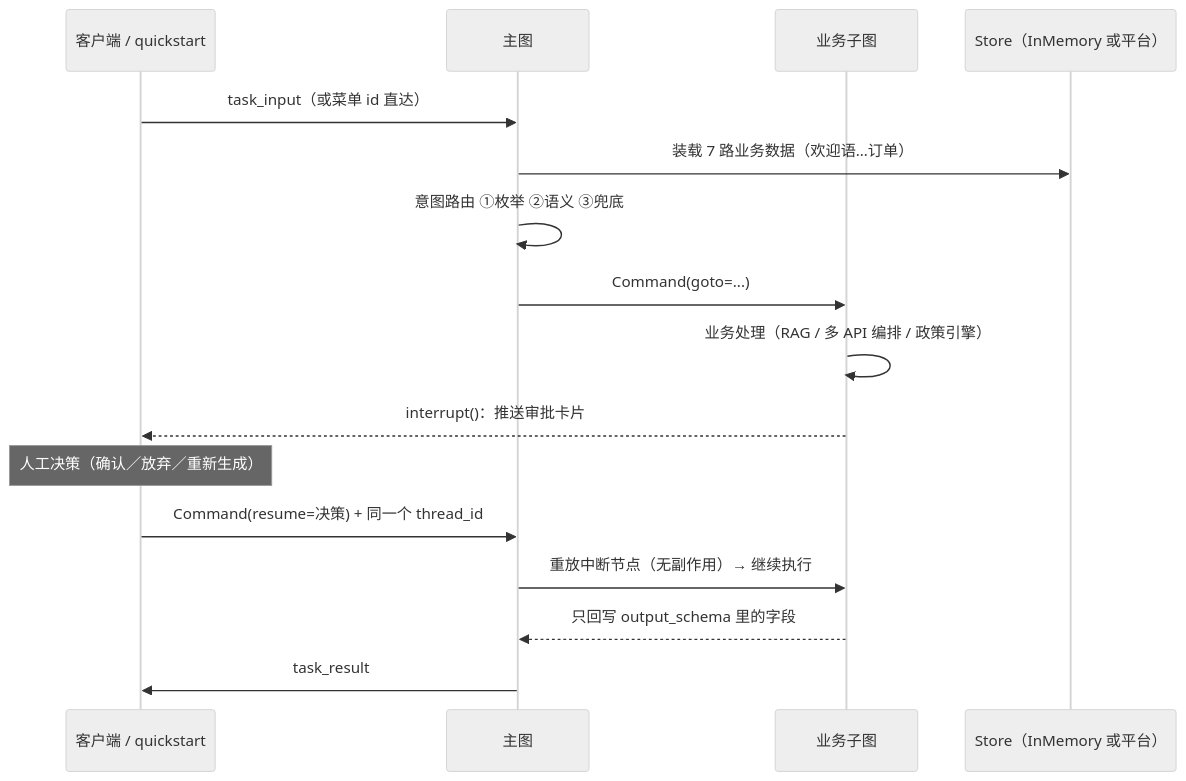
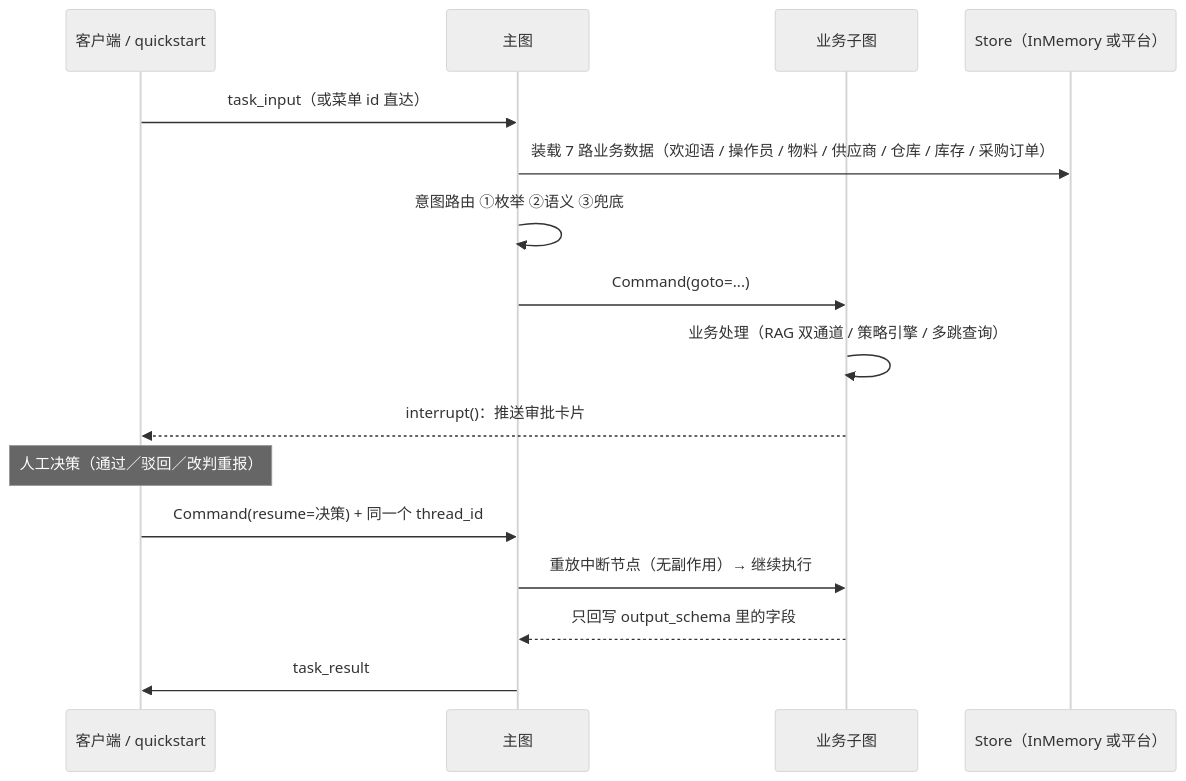
Before and after one commit to pengqiwen72/-: the diagram in scm-agent/docs/architecture.md, drawn with Mermaid (neutral theme). The commit also changed other lines of this file, not shown here.

````diff
--- a/scm-agent/docs/architecture.md
+++ b/scm-agent/docs/architecture.md
@@ -76,19 +77,19 @@
 ```mermaid
 sequenceDiagram
     participant C as 客户端 / quickstart
     participant G as 主图
     participant S as 业务子图
     participant DB as Store（InMemory 或平台）
 
     C->>G: task_input（或菜单 id 直达）
-    G->>DB: 装载 7 路业务数据（欢迎语…订单）
+    G->>DB: 装载 7 路业务数据（欢迎语 / 操作员 / 物料 / 供应商 / 仓库 / 库存 / 采购订单）
     G->>G: 意图路由 ①枚举 ②语义 ③兜底
     G->>S: Command(goto=...)
-    S->>S: 业务处理（RAG / 多 API 编排 / 政策引擎）
+    S->>S: 业务处理（RAG 双通道 / 策略引擎 / 多跳查询）
     S-->>C: interrupt()：推送审批卡片
-    Note over C: 人工决策（确认／放弃／重新生成）
+    Note over C: 人工决策（通过／驳回／改判重报）
     C->>G: Command(resume=决策) + 同一个 thread_id
     G->>S: 重放中断节点（无副作用）→ 继续执行
     S-->>G: 只回写 output_schema 里的字段
     G->>C: task_result
 ```
````
